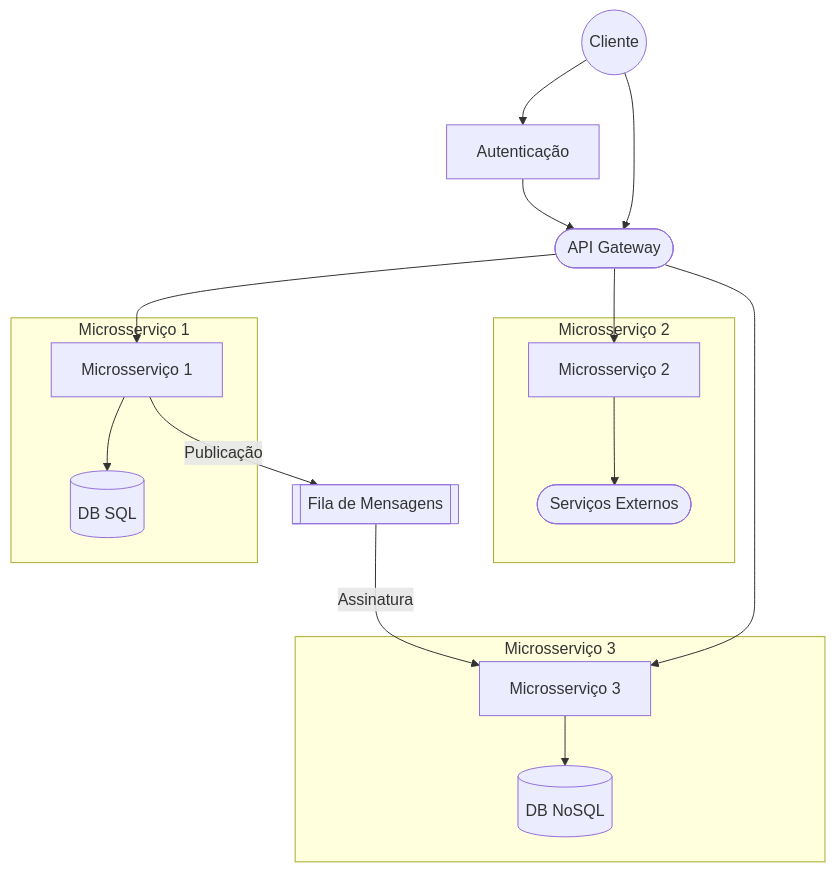
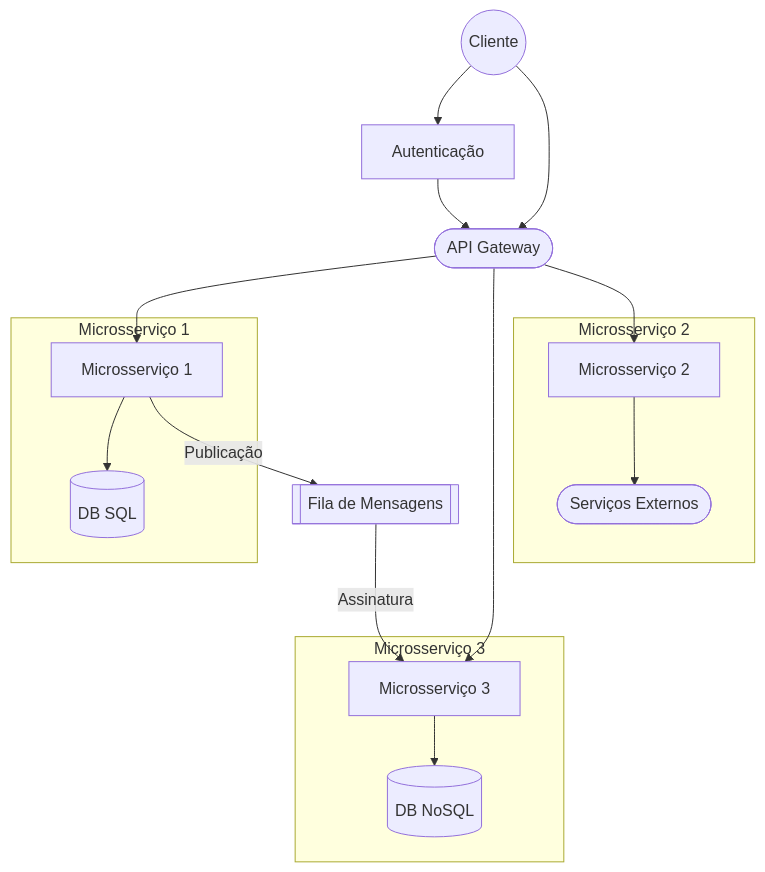
Before and after one commit to xrissmark/Teste230526: the diagram in Conceitual/Microsservicos.md, drawn with Mermaid.

Commit message:
Melhor organização do diagrama

````diff
--- a/Conceitual/Microsservicos.md
+++ b/Conceitual/Microsservicos.md
@@ -15,27 +15,27 @@
 ```mermaid
 graph TB
 
 A((Cliente)) --> B[Autenticação]
 B --> C([API Gateway])
 A --> C
 
 C --> D[Microsserviço 1]
-C --> E[Microsserviço 2]
-C --> F[Microsserviço 3]
+C --> E[Microsserviço 3]
+C --> F[Microsserviço 2]
 
 subgraph  Microsserviço 1
 D --> G[(DB SQL)]
 end
 
 subgraph  Microsserviço 2
-E --> H([Serviços Externos])
+F --> H([Serviços Externos])
 end
 
 subgraph  Microsserviço 3
-F --> I[(DB NoSQL)]
+E --> I[(DB NoSQL)]
 end
 
 D -- Publicação --> J[[Fila de Mensagens]]
-J -- Assinatura --> F
+J -- Assinatura --> E
 
 ```
````
